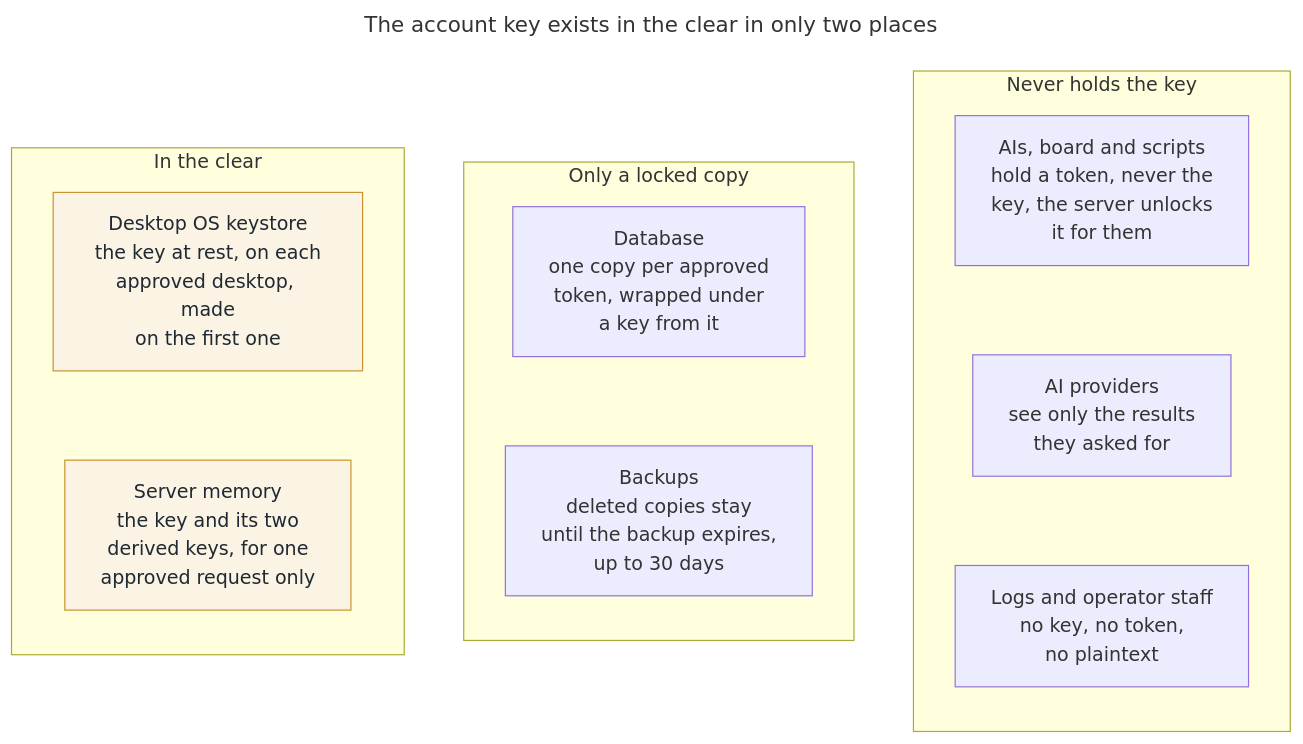
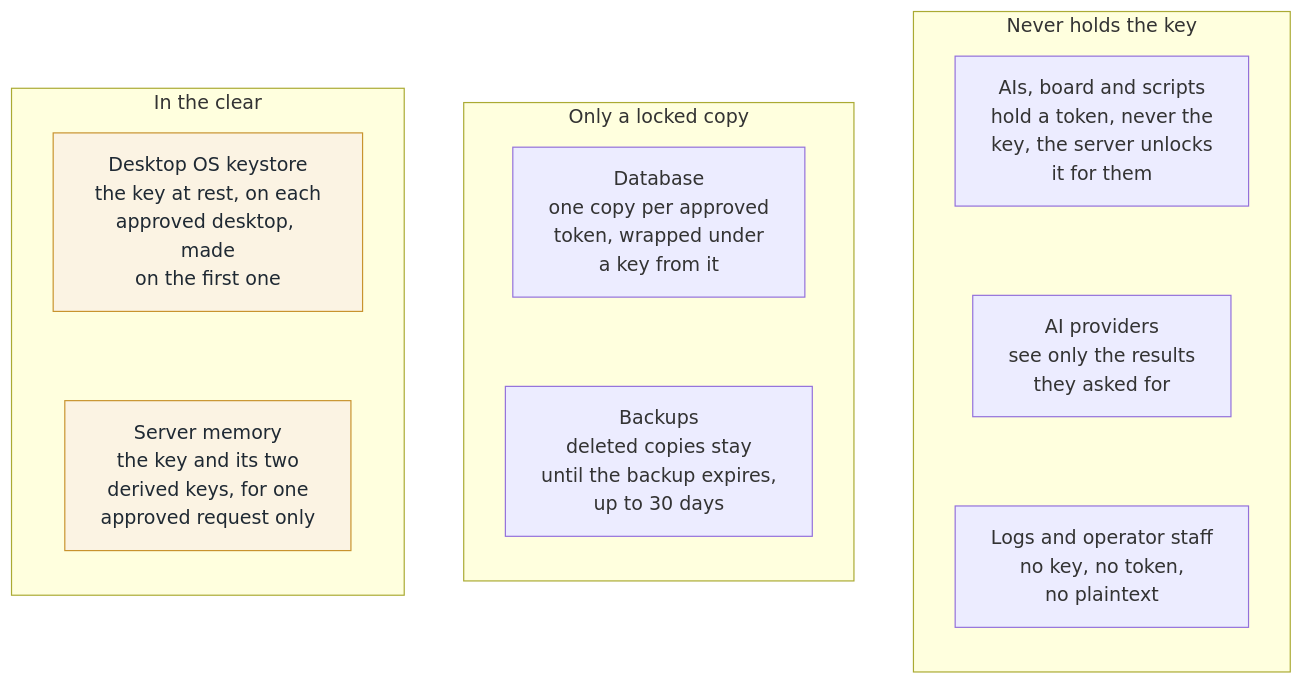
The diagram in diagrams/where-the-account-key-lives-2-places-in-the-clear.mmd (ajs-consult-llc/mirror-encryption-rfc), drawn with Mermaid before and after one commit. The commit also changed 40 other files, not shown here.

First line of the commit message:
Diagrams: the doc's own pictures, with the Mermaid in an appendix

```diff
--- a/diagrams/where-the-account-key-lives-2-places-in-the-clear.mmd
+++ b/diagrams/where-the-account-key-lives-2-places-in-the-clear.mmd
@@ -1,27 +1,24 @@
----
-title: "The account key exists in the clear in only two places"
----
 flowchart TB
   accTitle: The account key exists in the clear in only two places
   accDescr: Where the account key lives, where only a locked copy lives, and where it never goes. In the clear, the key exists only in the desktop OS keystore, at rest on each approved desktop and made on the first one, and in server memory, with its two derived keys, for one approved request only. Only a locked copy is in the database, one copy per approved token wrapped under a key from it, and in backups, where deleted copies stay until the backup expires, up to 30 days. The AIs, board and scripts hold a token but never the key, and the server unlocks it for them. AI providers see only the results they asked for. Logs and operator staff hold no key, no token and no plaintext. A token opens only its own copy, so deleting that copy cuts its holder off at once.
   subgraph never["Never holds the key"]
     direction TB
     N1["AIs, board and scripts<br/>hold a token, never the<br/>key, the server unlocks<br/>it for them"]
     N2["AI providers<br/>see only the results<br/>they asked for"]
     N3["Logs and operator staff<br/>no key, no token,<br/>no plaintext"]
     N1 ~~~ N2 ~~~ N3
   end
   subgraph locked["Only a locked copy"]
     direction TB
     L1["Database<br/>one copy per approved<br/>token, wrapped under<br/>a key from it"]
     L2["Backups<br/>deleted copies stay<br/>until the backup expires,<br/>up to 30 days"]
     L1 ~~~ L2
   end
   subgraph clear["In the clear"]
     direction TB
     K1["Desktop OS keystore<br/>the key at rest, on each<br/>approved desktop, made<br/>on the first one"]
     K2["Server memory<br/>the key and its two<br/>derived keys, for one<br/>approved request only"]
     K1 ~~~ K2
   end
   classDef hot stroke:#c8932e,fill:#fbf3e3,color:#1f2933
   class K1,K2 hot
```
